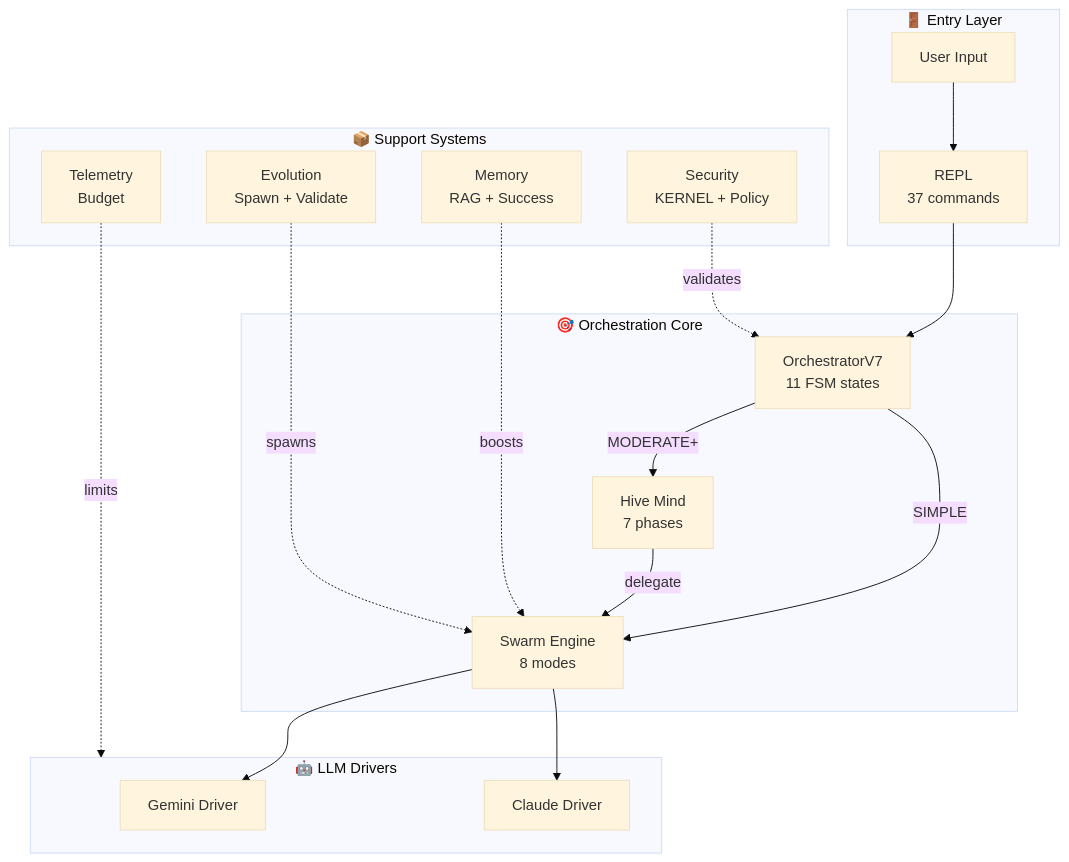
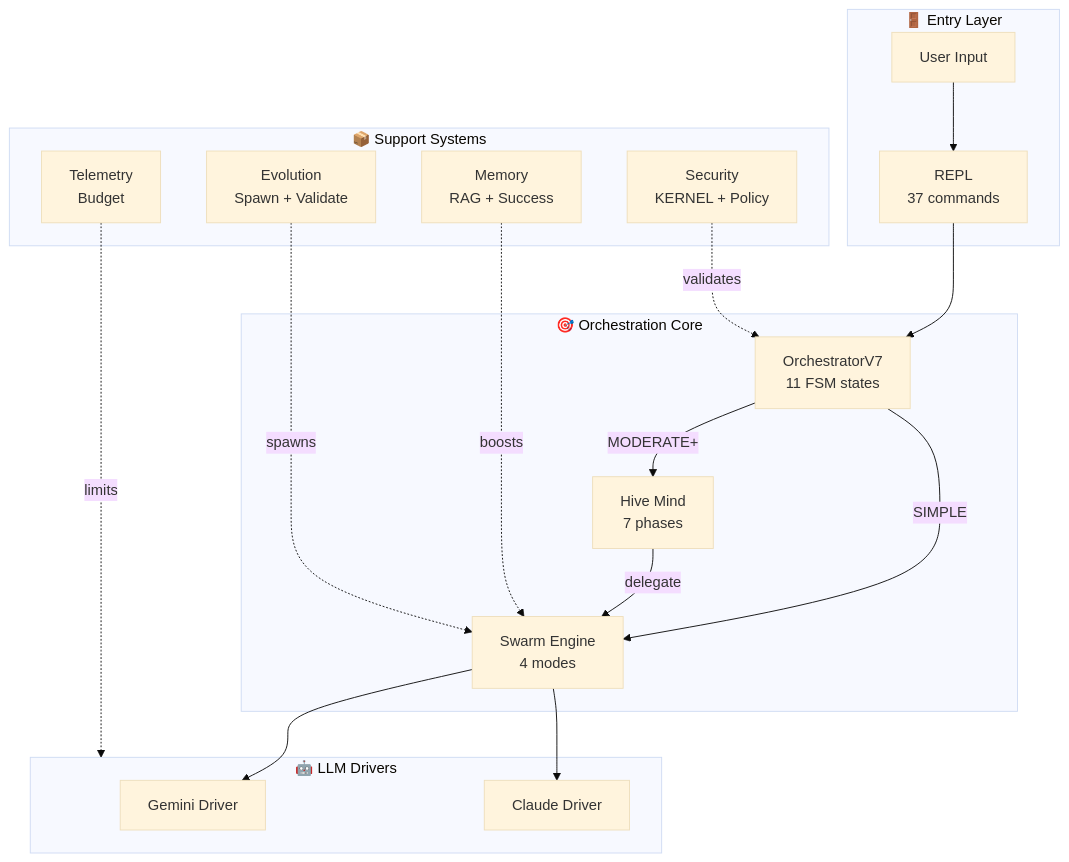
The first of 7 diagrams in docs/ARCHITECTURE_MAP_GENERATED.md (yannabadie/NEXUS), drawn with Mermaid (base theme) before and after one commit. The commit also changed other lines of this file, not shown here.

First line of the commit message:
docs: Auto-update architecture map [skip-map]

````diff
--- a/docs/ARCHITECTURE_MAP_GENERATED.md
+++ b/docs/ARCHITECTURE_MAP_GENERATED.md
@@ -16,37 +16,37 @@
 ```mermaid
 graph TD
     subgraph Entry["🚪 Entry Layer"]
         USER[User Input]
         REPL[REPL<br/>37 commands]
     end
 
     subgraph Core["🎯 Orchestration Core"]
         ORCH[OrchestratorV7<br/>11 FSM states]
-        SWARM[Swarm Engine<br/>8 modes]
+        SWARM[Swarm Engine<br/>4 modes]
         HIVE[Hive Mind<br/>7 phases]
     end
 
     subgraph LLM["🤖 LLM Drivers"]
         GEMINI[Gemini Driver]
         CLAUDE[Claude Driver]
     end
 
     subgraph Support["📦 Support Systems"]
         MEM[Memory<br/>RAG + Success]
         SEC[Security<br/>KERNEL + Policy]
         EVOL[Evolution<br/>Spawn + Validate]
         TEL[Telemetry<br/>Budget]
     end
 
     USER --> REPL
     REPL --> ORCH
     ORCH -->|"MODERATE+"| HIVE
     ORCH -->|"SIMPLE"| SWARM
     HIVE -->|"delegate"| SWARM
     SWARM --> GEMINI
     SWARM --> CLAUDE
     SEC -.->|"validates"| ORCH
     MEM -.->|"boosts"| SWARM
     TEL -.->|"limits"| LLM
     EVOL -.->|"spawns"| SWARM
 ```
````
